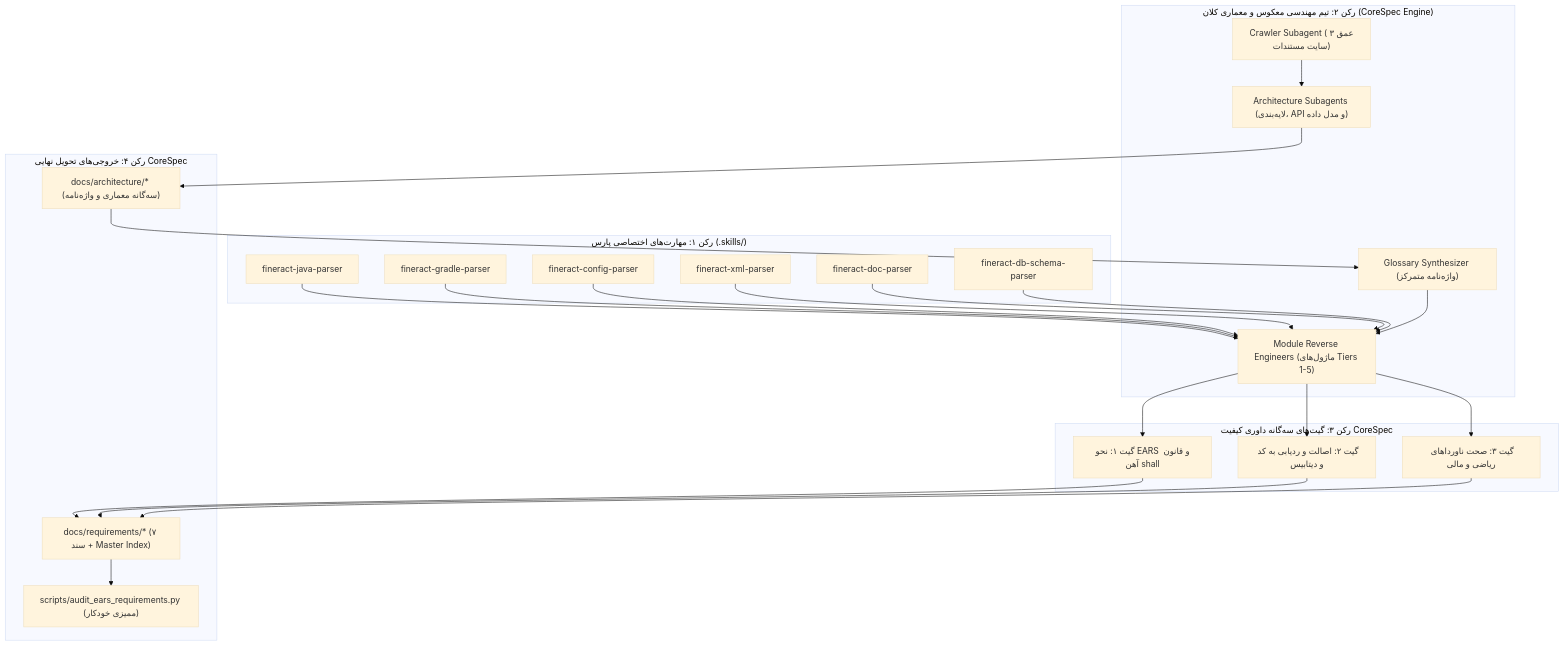
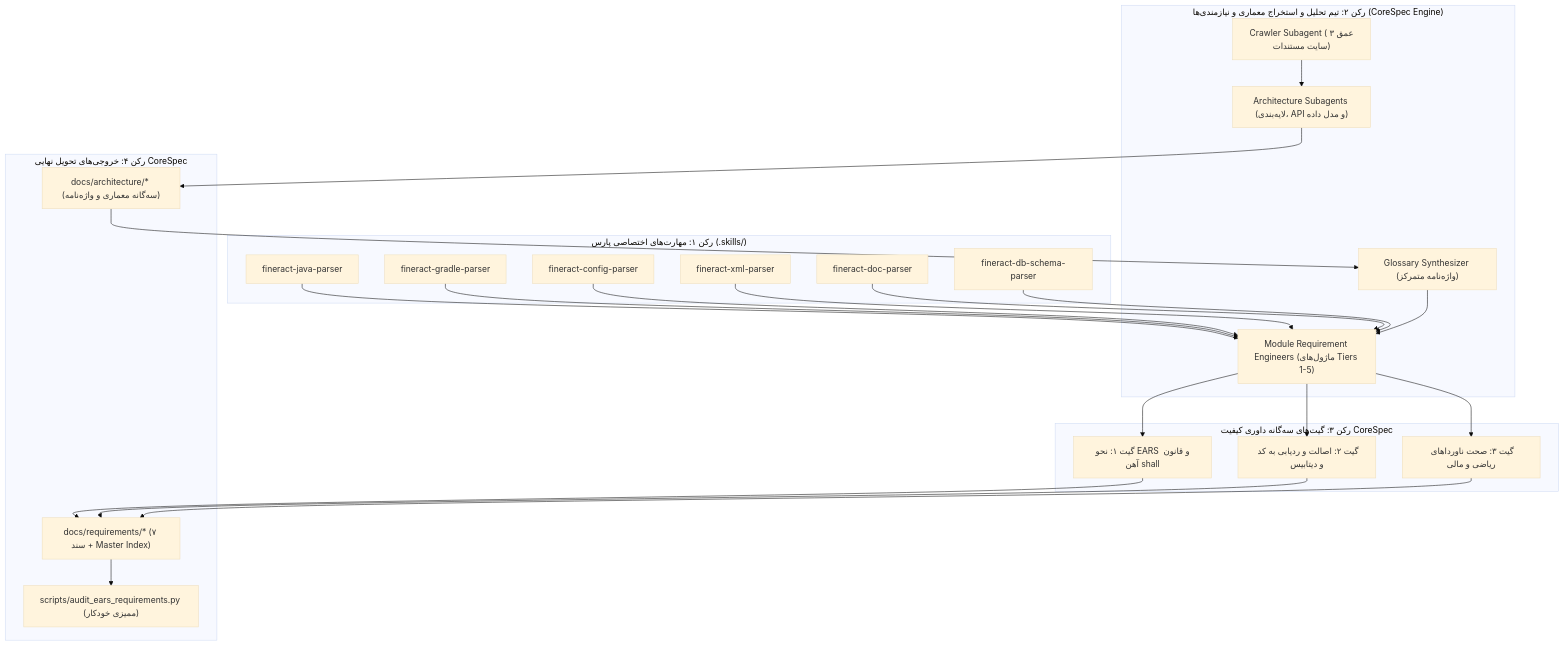
The diagram in README.md (drmohammadzadeh/CoreSpec), drawn with Mermaid (base theme) before and after one commit. The commit also changed other lines of this file and 14 other files, not shown here.

Commit message:
docs: replace reverse-engineering terms with requirements extraction via CoreSpec

````diff
--- a/README.md
+++ b/README.md
@@ -44,36 +44,36 @@
 ```mermaid
 flowchart TD
     subgraph "رکن ۱: مهارت‌های اختصاصی پارس (.skills/)"
         S1["fineract-java-parser"]
         S2["fineract-gradle-parser"]
         S3["fineract-config-parser"]
         S4["fineract-xml-parser"]
         S5["fineract-doc-parser"]
         S6["fineract-db-schema-parser"]
     end
 
-    subgraph "رکن ۲: تیم مهندسی معکوس و معماری کلان (CoreSpec Engine)"
+    subgraph "رکن ۲: تیم تحلیل و استخراج معماری و نیازمندی‌ها (CoreSpec Engine)"
         Crawler["Crawler Subagent (عمق ۳ سایت مستندات)"]
         Arch["Architecture Subagents (لایه‌بندی، API و مدل داده)"]
         Glossary["Glossary Synthesizer (واژه‌نامه متمرکز)"]
-        Workers["Module Reverse Engineers (ماژول‌های Tiers 1-5)"]
+        Workers["Module Requirement Engineers (ماژول‌های Tiers 1-5)"]
     end
 
     subgraph "رکن ۳: گیت‌های سه‌گانه داوری کیفیت CoreSpec"
         Gate1["گیت ۱: نحو EARS و قانون آهن shall"]
         Gate2["گیت ۲: اصالت و ردیابی به کد و دیتابیس"]
         Gate3["گیت ۳: صحت ناورداهای ریاضی و مالی"]
     end
 
     subgraph "رکن ۴: خروجی‌های تحویل نهایی CoreSpec"
         DocsArch["docs/architecture/* (سه‌گانه معماری و واژه‌نامه)"]
         DocsReq["docs/requirements/* (۷ سند + Master Index)"]
         Audit["scripts/audit_ears_requirements.py (ممیزی خودکار)"]
     end
 
     S1 & S2 & S3 & S4 & S5 & S6 --> Workers
     Crawler --> Arch --> DocsArch
     DocsArch --> Glossary --> Workers
     Workers --> Gate1 & Gate2 & Gate3 --> DocsReq
     DocsReq --> Audit
 ```
````
